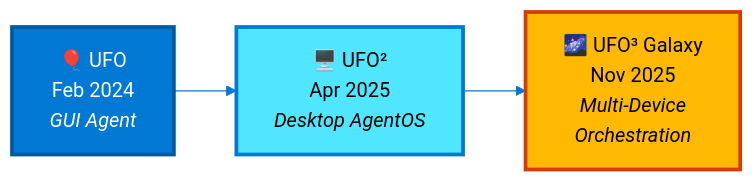
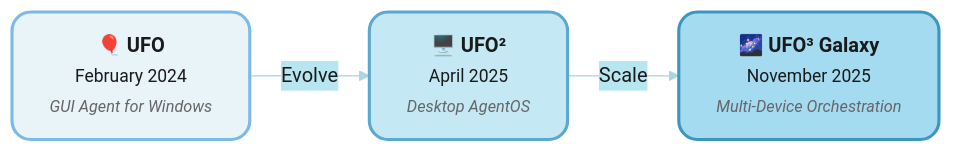
The first of 4 diagrams in README.md (microsoft/UFO), drawn with Mermaid before and after one commit. The commit also changed other lines of this file and 1 other file, not shown here.

````diff
--- a/README.md
+++ b/README.md
@@ -129,10 +129,14 @@
 ```mermaid
-%%{init: {'theme':'base', 'themeVariables': { 'primaryColor':'#0078D4','primaryTextColor':'#fff','primaryBorderColor':'#005A9E','lineColor':'#0078D4','secondaryColor':'#50E6FF','tertiaryColor':'#FFB900'}}}%%
+%%{init: {'theme':'base', 'themeVariables': { 'primaryColor':'#E8F4F8','primaryTextColor':'#1A1A1A','primaryBorderColor':'#7CB9E8','lineColor':'#A8D5E2','secondaryColor':'#B8E6F0','tertiaryColor':'#D4F1F4','fontSize':'16px','fontFamily':'Segoe UI, Arial, sans-serif'}}}%%
 graph LR
-    A["🎈 UFO<br/>Feb 2024<br/><i>GUI Agent</i>"] --> B["🖥️ UFO²<br/>Apr 2025<br/><i>Desktop AgentOS</i>"]
-    B --> C["🌌 UFO³ Galaxy<br/>Nov 2025<br/><i>Multi-Device<br/>Orchestration</i>"]
+    A["<b>🎈 UFO</b><br/><span style='font-size:14px'>February 2024</span><br/><span style='font-size:13px; color:#666'><i>GUI Agent for Windows</i></span>"] 
+    B["<b>🖥️ UFO²</b><br/><span style='font-size:14px'>April 2025</span><br/><span style='font-size:13px; color:#666'><i>Desktop AgentOS</i></span>"]
+    C["<b>🌌 UFO³ Galaxy</b><br/><span style='font-size:14px'>November 2025</span><br/><span style='font-size:13px; color:#666'><i>Multi-Device Orchestration</i></span>"]
     
-    style A fill:#0078D4,stroke:#005A9E,stroke-width:3px,color:#fff
-    style B fill:#50E6FF,stroke:#0078D4,stroke-width:3px,color:#000
-    style C fill:#FFB900,stroke:#D83B01,stroke-width:3px,color:#000
+    A -->|Evolve| B
+    B -->|Scale| C
+    
+    style A fill:#E8F4F8,stroke:#7CB9E8,stroke-width:2.5px,color:#1A1A1A,rx:15,ry:15
+    style B fill:#C5E8F5,stroke:#5BA8D0,stroke-width:2.5px,color:#1A1A1A,rx:15,ry:15
+    style C fill:#A4DBF0,stroke:#3D96BE,stroke-width:2.5px,color:#1A1A1A,rx:15,ry:15
 ```
````
